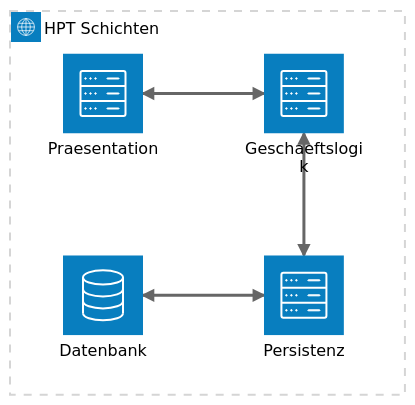
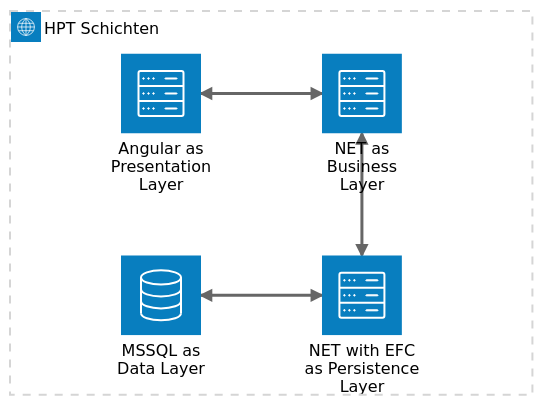
Before and after one commit to thom404/quarto-presentation-ihk: the first of 3 diagrams in presentation.qmd, drawn with Mermaid (neutral theme). The commit also changed other lines of this file and 27 other files, not shown here.

````diff
--- a/presentation.qmd
+++ b/presentation.qmd
@@ -339,16 +362,13 @@
 ```{mermaid}
 architecture-beta
     group hpt(internet)[HPT Schichten]
 
-    %% group be(server)[Backend] in hpt
-    %% group fe(server)[Frontend] in hpt
-
-    service presentation(server)[Praesentation] in hpt
-    service business(server)[Geschaeftslogik] in hpt
-    service persitence(server)[Persistenz] in hpt
-    service db(database)[Datenbank] in hpt
+    service presentation(server)[Angular as Presentation Layer] in hpt
+    service business(server)[NET as Business Layer] in hpt
+    service persitence(server)[NET with EFC as Persistence Layer] in hpt
+    service db(database)[MSSQL as Data Layer] in hpt
 
     presentation:R <--> L :business
     business:B <--> T:persitence
     persitence:L <--> R:db
 ```
````
